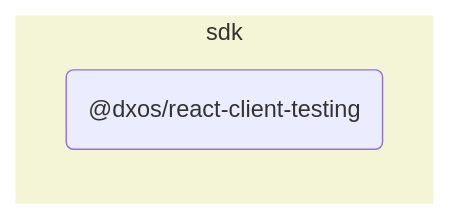
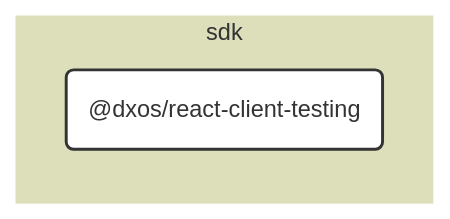
The diagram in packages/sdk/react-client-testing/docs/README.md (dxos/dxos), drawn with Mermaid before and after one commit. The commit also changed other lines of this file and 109 other files, not shown here.

````diff
--- a/packages/sdk/react-client-testing/docs/README.md
+++ b/packages/sdk/react-client-testing/docs/README.md
@@ -5,9 +7,25 @@
 ```mermaid
-flowchart LR;
+%%{ init: {'flowchart':{'curve':'basis'}} }%%
 
+flowchart LR
+
+%% Links
+
+%% Sections
 subgraph sdk
-  style sdk fill:#f4f5d6,stroke:#fff;
-  dxos/react-client-testing("@dxos/react-client-testing");
+  style sdk fill:#dddeba,stroke:#fff;
+
+  dxos/react-client-testing("@dxos/react-client-testing")
 end
 
+
+%% Hyperlinks
+
+%% Styles
+classDef rootNode fill:#fff,stroke:#333,stroke-width:2px
+classDef defaultNode fill:#fff,stroke:#333,stroke-width:1px
+linkStyle default stroke:#333,stroke-width:1px
+
+dxos/react-client-testing:::rootNode
+
 ```
````
